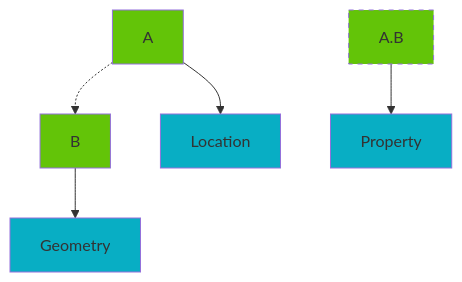
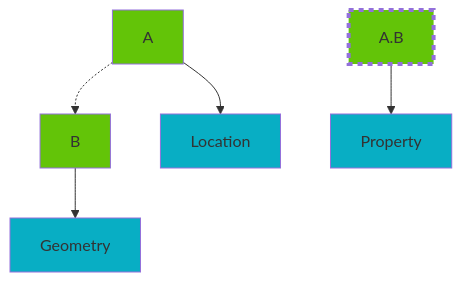
Before and after one commit to tomvandig/eccg: the fifth of 9 diagrams in README.md, drawn with Mermaid. The commit also changed other lines of this file, not shown here.

````diff
--- a/README.md
+++ b/README.md
@@ -149,18 +149,18 @@
 ```mermaid
 graph TD;
 
     A-.->B;
 
     A.B-->Property
     
     A-->Location;
     B-->Geometry;
     
     style A fill:#63c408
     style B fill:#63c408
-    style A.B fill:#63c408,stroke-dasharray: 5 5
+    style A.B fill:#63c408,stroke-dasharray: 5 5,stroke-width:4px
 
     style Geometry fill:#08aec4
     style Location fill:#08aec4
     style Property fill:#08aec4
 ```
````
